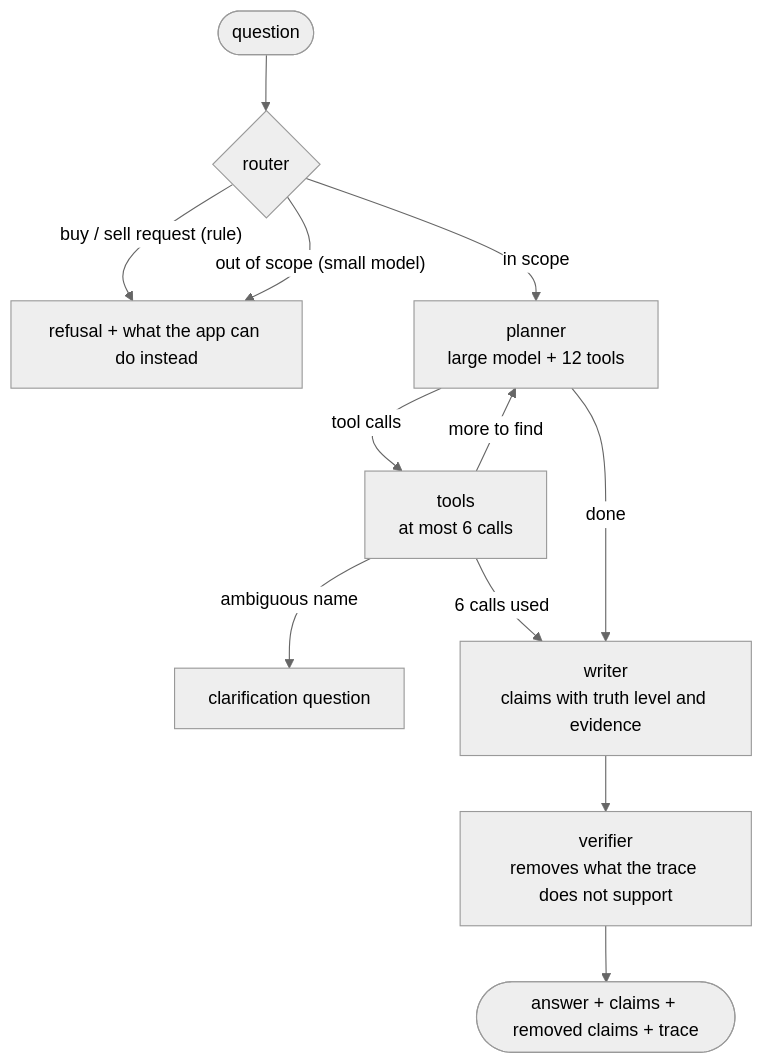
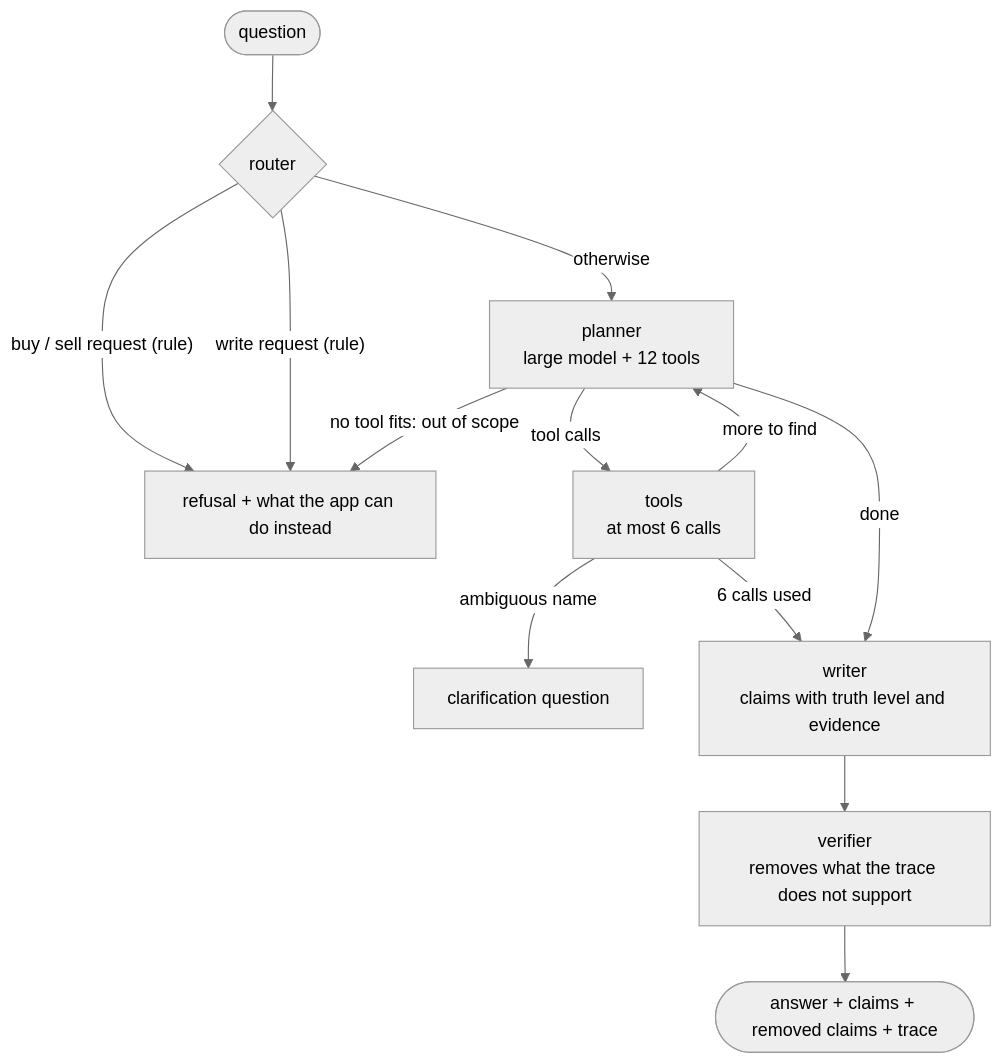
The diagram in docs/agent.md (Polluxgnr/shockgraph-pea), drawn with Mermaid (neutral theme) before and after one commit. The commit also changed other lines of this file and 2 other files, not shown here.

Commit message:
docs(agent): scope is decided by the planner, with the eval numbers

````diff
--- a/docs/agent.md
+++ b/docs/agent.md
@@ -9,14 +9,15 @@
 ```mermaid
 flowchart TD
     Q([question]) --> R{router}
     R -- "buy / sell request (rule)" --> X[refusal + what the app can do instead]
-    R -- "out of scope (small model)" --> X
-    R -- in scope --> P[planner<br/>large model + 12 tools]
+    R -- "write request (rule)" --> X
+    R -- otherwise --> P[planner<br/>large model + 12 tools]
+    P -- "no tool fits: out of scope" --> X
     P -- tool calls --> T[tools<br/>at most 6 calls]
     T -- "ambiguous name" --> C[clarification question]
     T -- "more to find" --> P
     T -- "6 calls used" --> W
     P -- "done" --> W[writer<br/>claims with truth level and evidence]
     W --> V[verifier<br/>removes what the trace does not support]
     V --> A([answer + claims + removed claims + trace])
 ```
````
